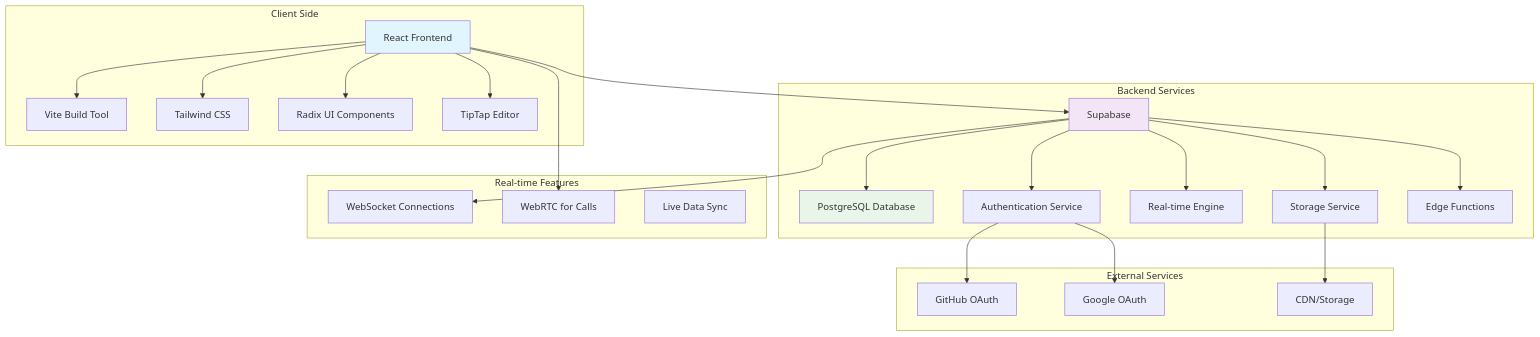
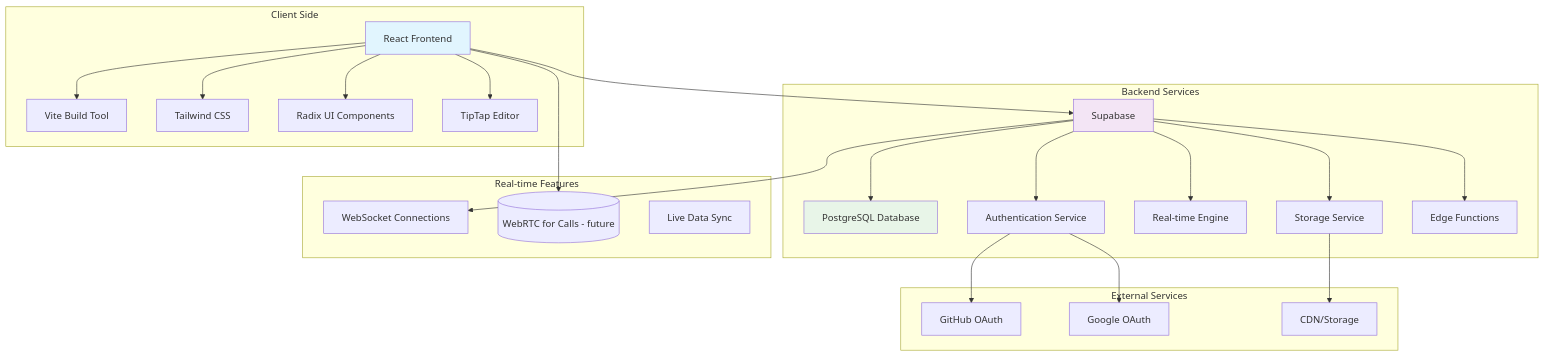
Before and after one commit to abhi-singhs/slackhub-messenger: the first of 14 diagrams in docs/architecture/ARCHITECTURE.md, drawn with Mermaid. The commit also changed other lines of this file and 12 other files, not shown here.

````diff
--- a/docs/architecture/ARCHITECTURE.md
+++ b/docs/architecture/ARCHITECTURE.md
@@ -32,40 +34,40 @@
 ```mermaid
 graph TB
     subgraph "Client Side"
         A[React Frontend] --> B[Vite Build Tool]
         A --> C[Tailwind CSS]
         A --> D[Radix UI Components]
         A --> E[TipTap Editor]
     end
     
     subgraph "Backend Services"
         F[Supabase] --> G[PostgreSQL Database]
         F --> H[Authentication Service]
         F --> I[Real-time Engine]
         F --> J[Storage Service]
         F --> K[Edge Functions]
     end
     
     subgraph "Real-time Features"
         L[WebSocket Connections]
-        M[WebRTC for Calls]
+    M[(WebRTC for Calls - future)]
         N[Live Data Sync]
     end
     
     subgraph "External Services"
     O[GitHub OAuth]
     P2[Google OAuth]
         P[CDN/Storage]
     end
     
     A --> F
     F --> L
     A --> M
     H --> O
     H --> P2
     J --> P
     
     style A fill:#e1f5fe
     style F fill:#f3e5f5
     style G fill:#e8f5e8
 ```
````
